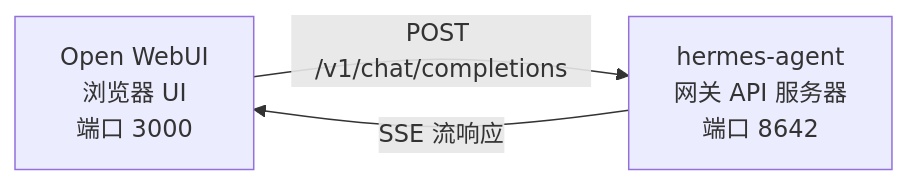
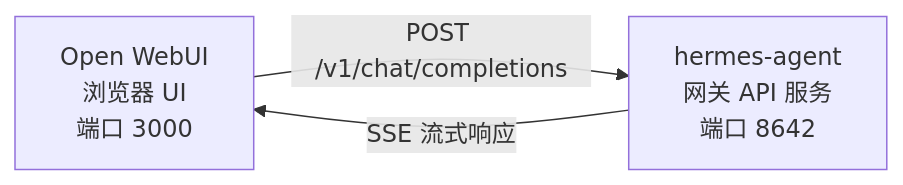
One commit to dracohu2025-cloud/hermes-agent changed the diagram in site/docs/user-guide/messaging/open-webui.md. Above: the diagram before and after it, drawn with Mermaid. The commit also changed other lines of this file and 181 other files, not shown here.

````diff
--- a/site/docs/user-guide/messaging/open-webui.md
+++ b/site/docs/user-guide/messaging/open-webui.md
@@ -13,7 +13,7 @@
 ```mermaid
 flowchart LR
     A["Open WebUI<br/>浏览器 UI<br/>端口 3000"]
-    B["hermes-agent<br/>网关 API 服务器<br/>端口 8642"]
+    B["hermes-agent<br/>网关 API 服务<br/>端口 8642"]
     A -->|POST /v1/chat/completions| B
-    B -->|SSE 流响应| A
+    B -->|SSE 流式响应| A
 ```
````
